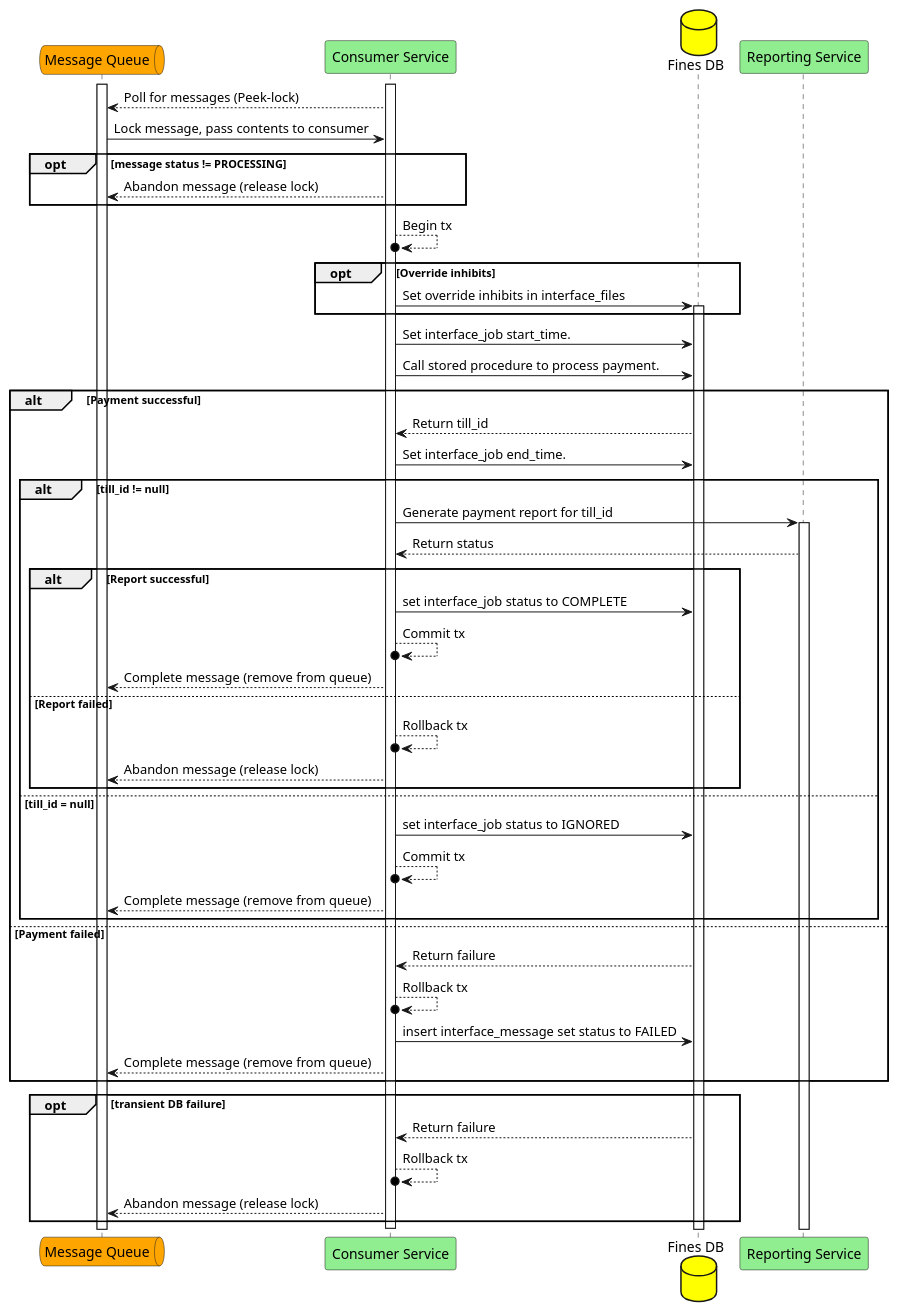
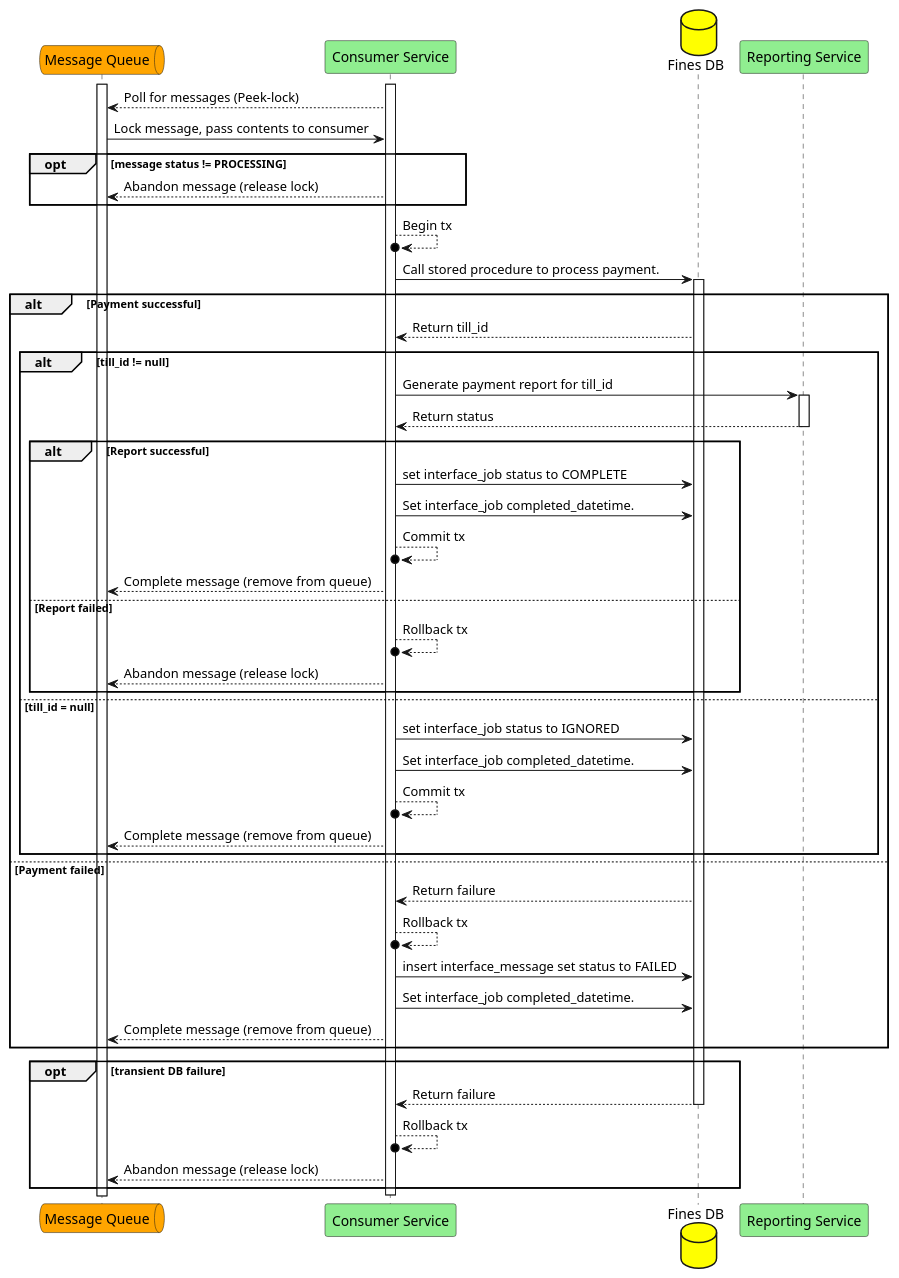
The diagram in plantUML/auto-payments/auto-payment-dequeue-jobs.puml (hmcts/opal-docs), drawn with PlantUML before and after one commit. The commit also changed 5 other files, not shown here.

Commit message:
diagrams for auto-payments in

```diff
--- a/plantUML/auto-payments/auto-payment-dequeue-jobs.puml
+++ b/plantUML/auto-payments/auto-payment-dequeue-jobs.puml
@@ -1,62 +1,60 @@
 @startuml
 queue Queue as "Message Queue" #Orange
 participant Consumer as "Consumer Service" #LightGreen
 database DB as "Fines DB" #Yellow
 participant Report as "Reporting Service" #LightGreen
 
 activate Queue
 activate Consumer
 
 Consumer --> Queue : Poll for messages (Peek-lock)
 Queue -> Consumer : Lock message, pass contents to consumer
 
 opt message status != PROCESSING
 Consumer --> Queue : Abandon message (release lock)
 end
 
 Consumer -->o Consumer : Begin tx
-opt Override inhibits
-Consumer -> DB ++: Set override inhibits in interface_files
-end
 
-Consumer -> DB : Set interface_job start_time.
-Consumer -> DB : Call stored procedure to process payment.
+Consumer -> DB ++: Call stored procedure to process payment.
 
 alt Payment successful
     DB --> Consumer : Return till_id
-    Consumer -> DB: Set interface_job end_time.
 
     alt till_id != null
 
         Consumer -> Report ++: Generate payment report for till_id
-        Report --> Consumer : Return status
+        Report --> Consumer --: Return status
 
         alt Report successful
             Consumer -> DB : set interface_job status to COMPLETE
+            Consumer -> DB: Set interface_job completed_datetime.
             Consumer -->o Consumer : Commit tx
             Consumer --> Queue : Complete message (remove from queue)
         else Report failed
             Consumer -->o Consumer : Rollback tx
             Consumer --> Queue : Abandon message (release lock)
         end
 
         else till_id = null
             Consumer -> DB : set interface_job status to IGNORED
+            Consumer -> DB: Set interface_job completed_datetime.
             Consumer -->o Consumer : Commit tx
             Consumer --> Queue : Complete message (remove from queue)
         end
 
 else Payment failed
     DB --> Consumer : Return failure
     Consumer -->o Consumer : Rollback tx
     Consumer -> DB: insert interface_message set status to FAILED
+    Consumer -> DB: Set interface_job completed_datetime.
     Consumer --> Queue : Complete message (remove from queue)
 end
 
 opt transient DB failure
-    DB --> Consumer : Return failure
+    DB --> Consumer --: Return failure
     Consumer -->o Consumer : Rollback tx
     Consumer --> Queue : Abandon message (release lock)
 end
 deactivate Consumer
 @enduml
```
